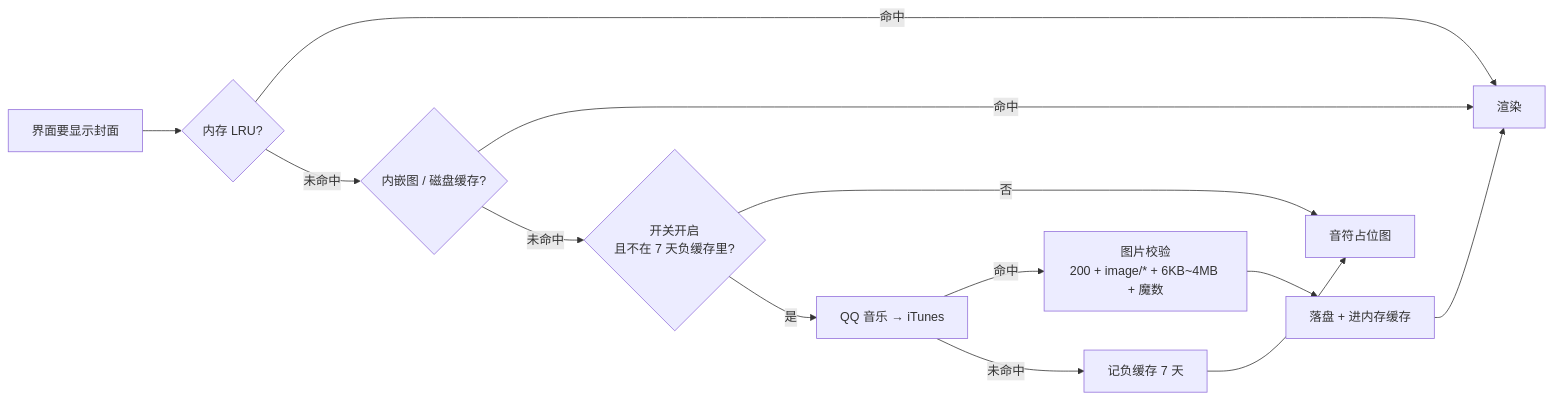
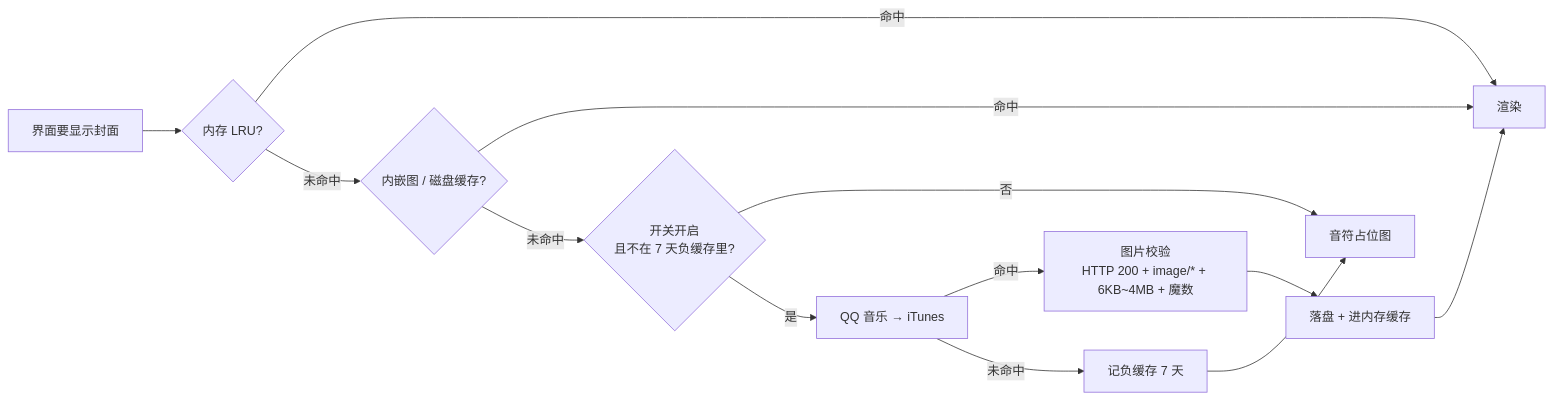
The second of 2 diagrams in README.md (Sanye223/Melody-Retro), drawn with Mermaid before and after one commit.

Commit message:
docs: README 的 mermaid 节点加引号，避免特殊字符解析失败

````diff
--- a/README.md
+++ b/README.md
@@ -82,15 +82,15 @@
 ```mermaid
 flowchart LR
     A[界面要显示封面] --> B{内存 LRU?}
     B -->|命中| Z[渲染]
-    B -->|未命中| C{内嵌图 / 磁盘缓存?}
+    B -->|未命中| C{"内嵌图 / 磁盘缓存?"}
     C -->|命中| Z
-    C -->|未命中| D{开关开启<br/>且不在 7 天负缓存里?}
+    C -->|未命中| D{"开关开启<br/>且不在 7 天负缓存里?"}
     D -->|否| Y[音符占位图]
-    D -->|是| E[QQ 音乐 → iTunes]
-    E -->|命中| F[图片校验<br/>200 + image/* + 6KB~4MB + 魔数]
+    D -->|是| E["QQ 音乐 → iTunes"]
+    E -->|命中| F["图片校验<br/>HTTP 200 + image/* + 6KB~4MB + 魔数"]
     F --> G[落盘 + 进内存缓存]
     G --> Z
     E -->|未命中| H[记负缓存 7 天]
     H --> Y
 ```
````
